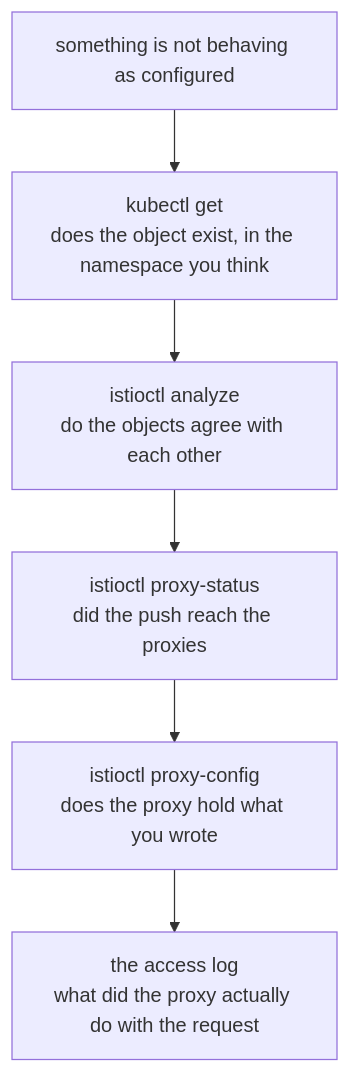
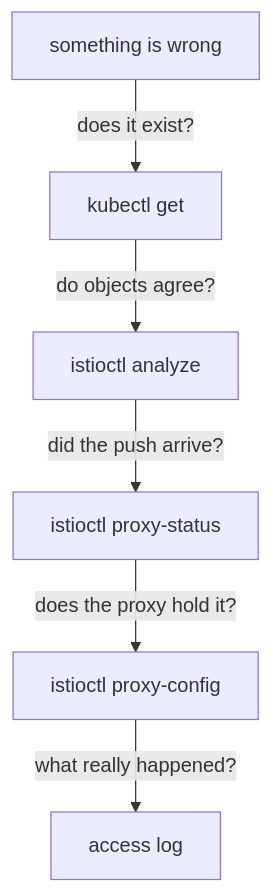
One commit to astrona-io/ATS014 changed the diagram in sections/section-000/module-01/course-03-the-diagnostic-toolkit.md. Above: the diagram before and after it, drawn with Mermaid. The commit also changed other lines of this file and 444 other files, not shown here.

````diff
--- a/sections/section-000/module-01/course-03-the-diagnostic-toolkit.md
+++ b/sections/section-000/module-01/course-03-the-diagnostic-toolkit.md
@@ -17,8 +15,8 @@
 ```mermaid
-flowchart TD
-    S["something is not behaving as configured"] --> A["kubectl get<br/>does the object exist, in the namespace you think"]
-    A --> B["istioctl analyze<br/>do the objects agree with each other"]
-    B --> C["istioctl proxy-status<br/>did the push reach the proxies"]
-    C --> D["istioctl proxy-config<br/>does the proxy hold what you wrote"]
-    D --> E["the access log<br/>what did the proxy actually do with the request"]
+flowchart TB
+    S["something is wrong"] -->|"does it exist?"| A["kubectl get"]
+    A -->|"do objects agree?"| B["istioctl analyze"]
+    B -->|"did the push arrive?"| C["istioctl proxy-status"]
+    C -->|"does the proxy hold it?"| D["istioctl proxy-config"]
+    D -->|"what really happened?"| E["access log"]
 ```
````
